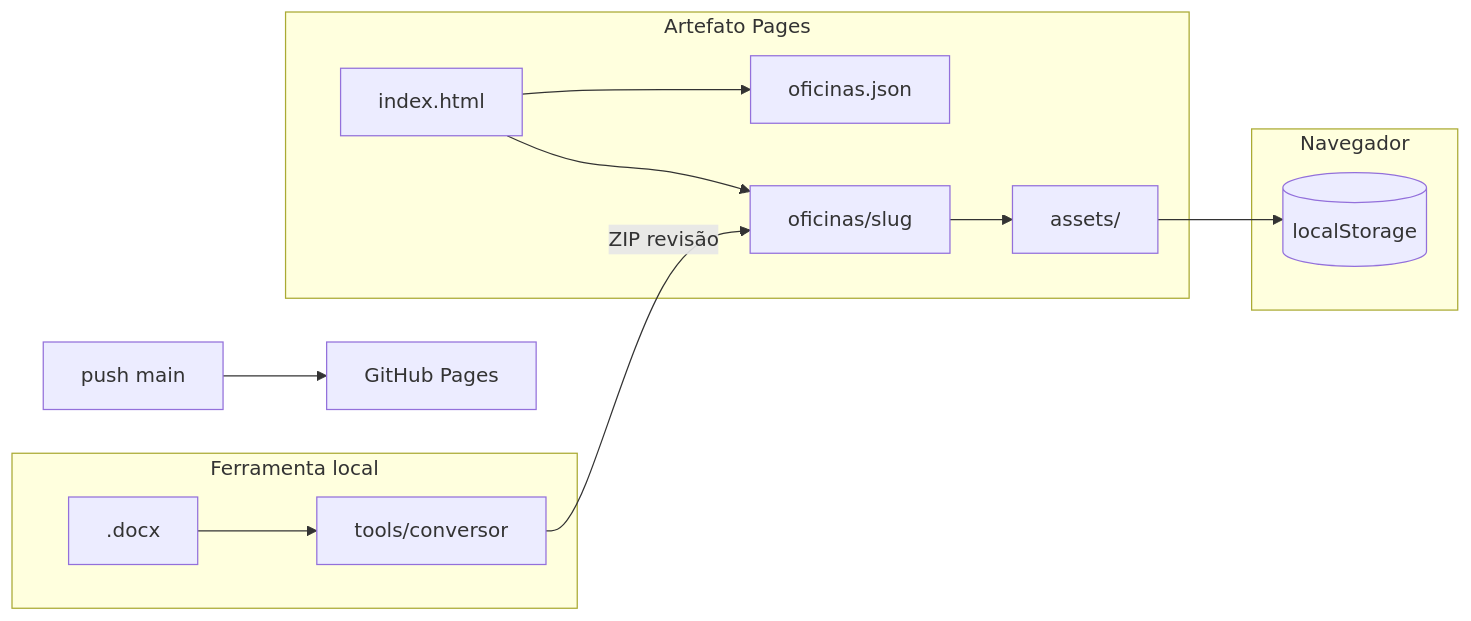
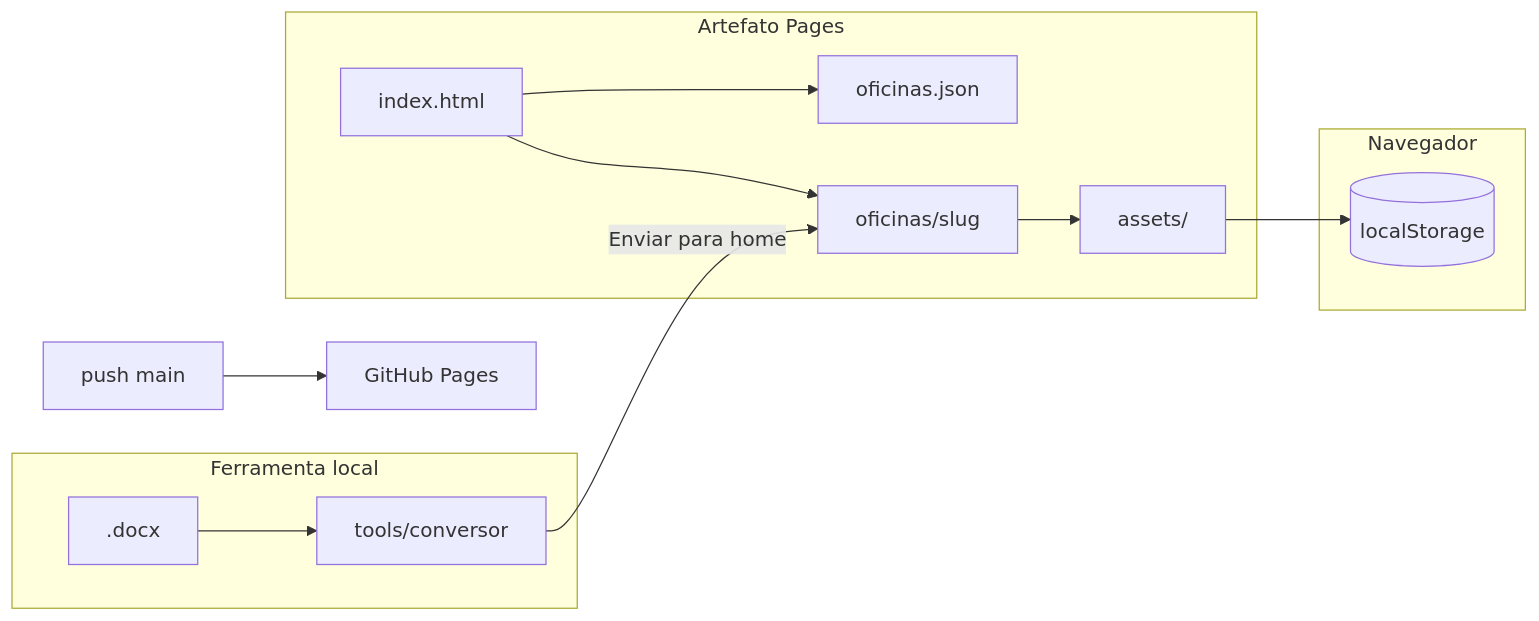
One commit to Luizsb/OficinasNav changed the diagram in docs/SDD.md. Above: the diagram before and after it, drawn with Mermaid. The commit also changed other lines of this file and 73 other files, not shown here.

````diff
--- a/docs/SDD.md
+++ b/docs/SDD.md
@@ -27,21 +29,21 @@
 ```mermaid
 flowchart LR
   subgraph deploy [Artefato Pages]
     OJ[oficinas.json]
     Home[index.html]
     Off[oficinas/slug]
     Assets[assets/]
   end
   subgraph browser [Navegador]
     LS[(localStorage)]
     Home --> OJ
     Home --> Off
     Off --> Assets
     Assets --> LS
   end
   subgraph local [Ferramenta local]
     Docx[.docx] --> Conv[tools/conversor]
-    Conv -->|ZIP revisão| Off
+    Conv -->|Enviar para home| Off
   end
   Push[push main] --> GHP[GitHub Pages]
 ```
````
